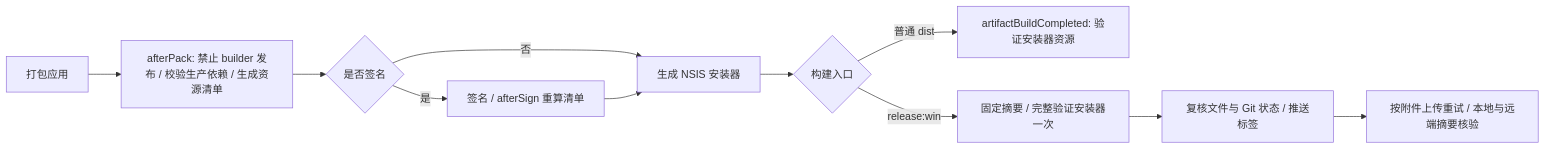
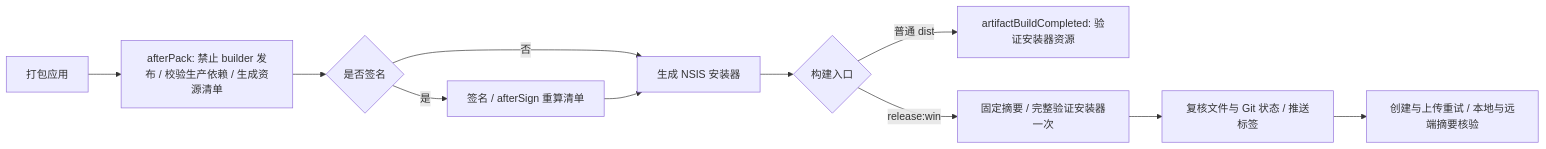
One commit to AuroraWhisperer/LIRA changed the diagram in docs/reference/engineering/build.md. Above: the diagram before and after it, drawn with Mermaid. The commit also changed other lines of this file and 13 other files, not shown here.

````diff
--- a/docs/reference/engineering/build.md
+++ b/docs/reference/engineering/build.md
@@ -179,13 +179,13 @@
 ```mermaid
 flowchart LR
   A[打包应用] --> B[afterPack: 禁止 builder 发布 / 校验生产依赖 / 生成资源清单]
   B --> C{是否签名}
   C -->|是| D[签名 / afterSign 重算清单]
   C -->|否| E[生成 NSIS 安装器]
   D --> E
   E --> F{构建入口}
   F -->|普通 dist| G[artifactBuildCompleted: 验证安装器资源]
   F -->|release:win| H[固定摘要 / 完整验证安装器一次]
   H --> I[复核文件与 Git 状态 / 推送标签]
-  I --> J[按附件上传重试 / 本地与远端摘要核验]
+  I --> J[创建与上传重试 / 本地与远端摘要核验]
 ```
````
